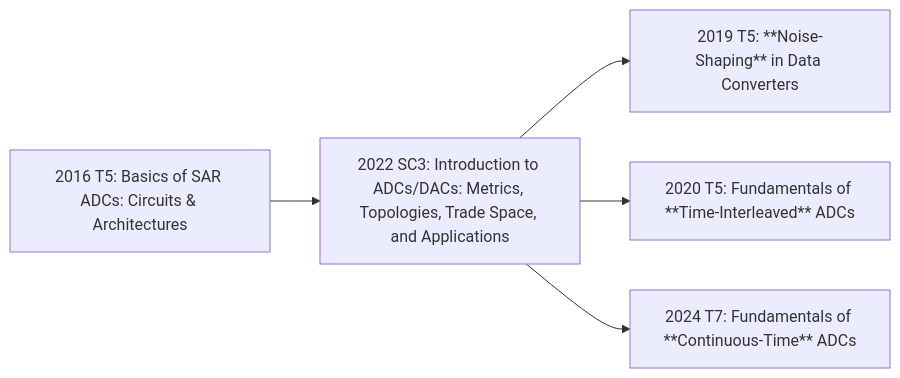
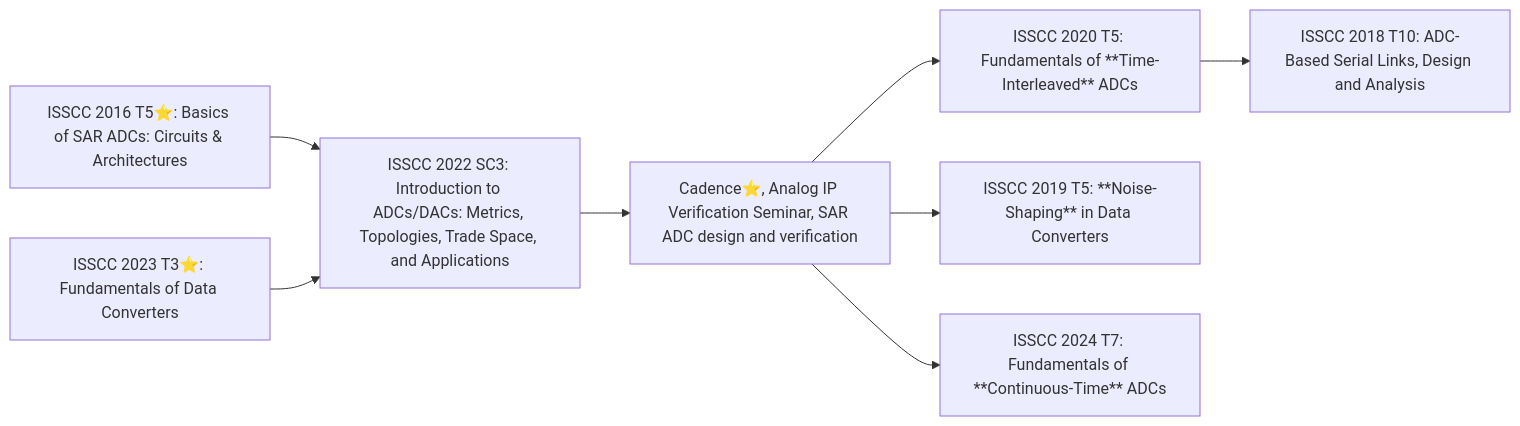
Before and after one commit to RarityBrown/ic-self-learning: the diagram in docs/analog/ADDA.md, drawn with Mermaid. The commit also changed other lines of this file, not shown here.

````diff
--- a/docs/analog/ADDA.md
+++ b/docs/analog/ADDA.md
@@ -21,11 +21,9 @@
 ```mermaid
 graph LR
-
-  SAR["2016 T5: Basics of SAR ADCs: Circuits & Architectures"] --> FoM
-  %% Fundamentals["2023 T3: Fundamentals of Data Converters"] --> FoM
-  FoM["2022 SC3: Introduction to ADCs/DACs: Metrics, Topologies, Trade Space, and Applications"]
-  
-  FoM --> NS["2019 T5: **Noise-Shaping** in Data Converters"]
-  FoM --> TI["2020 T5: Fundamentals of **Time-Interleaved** ADCs"]
-  FoM --> CT["2024 T7: Fundamentals of **Continuous-Time** ADCs"]
+  SAR["ISSCC 2016 T5⭐: Basics of SAR ADCs: Circuits & Architectures"] --> FoM
+  Fundamentals["ISSCC 2023 T3⭐: Fundamentals of Data Converters"] --> FoM
+  FoM["ISSCC 2022 SC3: Introduction to ADCs/DACs: Metrics, Topologies, Trade Space, and Applications"] --> Cdns["Cadence⭐, Analog IP Verification Seminar, SAR ADC design and verification"]
+  Cdns --> TI["ISSCC 2020 T5: Fundamentals of **Time-Interleaved** ADCs"] --> SerDes["ISSCC 2018 T10: ADC-Based Serial Links, Design and Analysis"]
+  Cdns --> NS["ISSCC 2019 T5: **Noise-Shaping** in Data Converters"]
+  Cdns --> CT["ISSCC 2024 T7: Fundamentals of **Continuous-Time** ADCs"]
 ```
````
